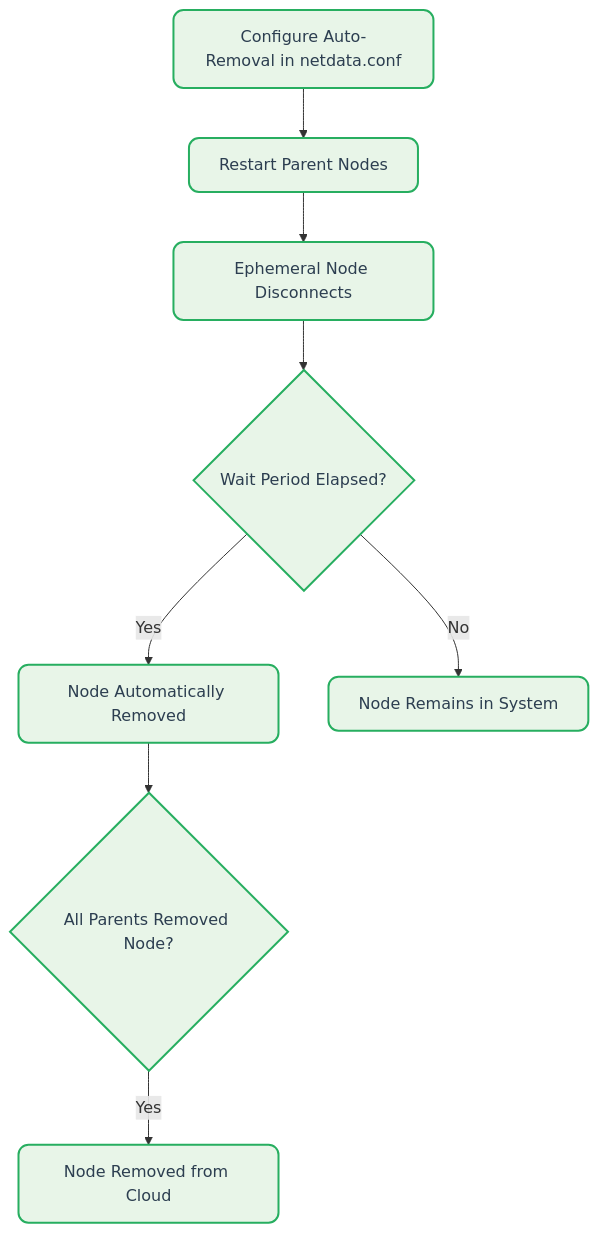
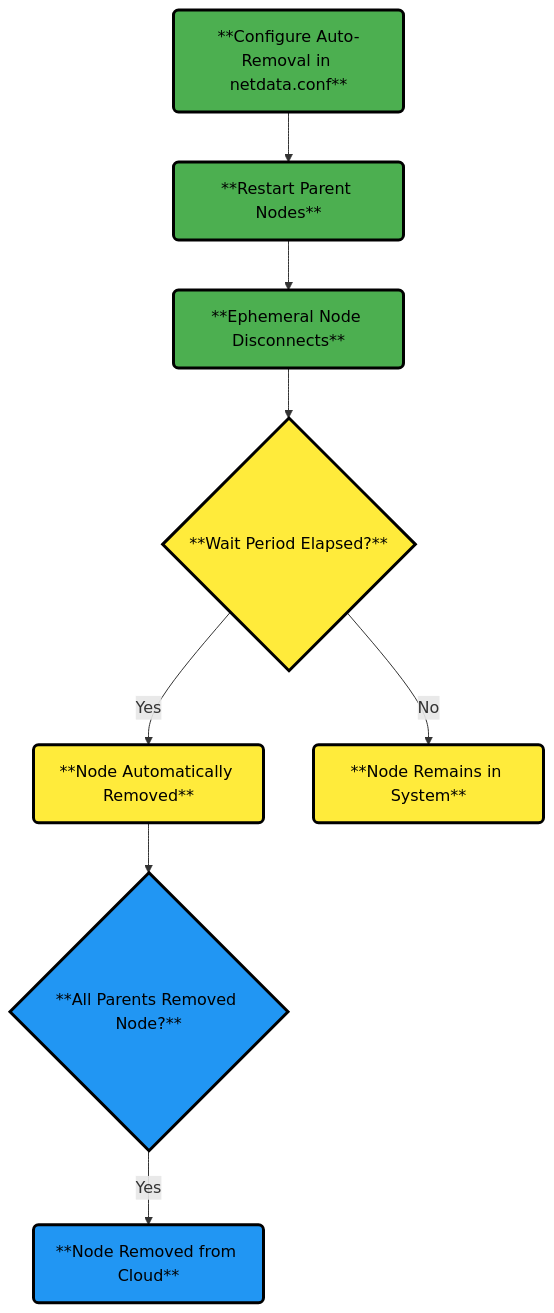
One commit to netdata/netdata changed the third of 3 diagrams in docs/nodes-ephemerality.md. Above: the diagram before and after it, drawn with Mermaid. The commit also changed other lines of this file, not shown here.

Commit message:
Update nodes-ephemerality.md (#21471)

````diff
--- a/docs/nodes-ephemerality.md
+++ b/docs/nodes-ephemerality.md
@@ -165,20 +142,21 @@
 ```mermaid
 flowchart TD
-    A[Configure Auto-Removal in netdata.conf] --> B[Restart Parent Nodes]
-    B --> C[Ephemeral Node Disconnects]
-    C --> D{Wait Period Elapsed?}
-    D -->|Yes| E[Node Automatically Removed]
-    D -->|No| F[Node Remains in System]
-    E --> G{All Parents Removed Node?}
-    G -->|Yes| H[Node Removed from Cloud]
-    classDef step fill: #e8f5e8, stroke: #27ae60, stroke-width: 2px, color: #2c3e50, rx: 10, ry: 10
-    classDef alert fill: #ffe8e8, stroke: #e74c3c, stroke-width: 2px, color: #2c3e50, rx: 10, ry: 10
+    A("**Configure Auto-Removal in netdata.conf**") --> B("**Restart Parent Nodes**")
+    B --> C("**Ephemeral Node Disconnects**")
+    C --> D{"**Wait Period Elapsed?**"}
+    D -->|Yes| E("**Node Automatically Removed**")
+    D -->|No| F("**Node Remains in System**")
+    E --> G{"**All Parents Removed Node?**"}
+    G -->|Yes| H("**Node Removed from Cloud**")
+    classDef step fill: #4caf50, stroke: #000000, stroke-width: 3px, color: #000000, font-size: 16px
+    classDef alert fill: #ffeb3b, stroke: #000000, stroke-width: 3px, color: #000000, font-size: 16px
+    classDef database fill: #2196F3, stroke: #000000, stroke-width: 3px, color: #000000, font-size: 16px
     class A step
     class B step
     class C step
-    class D step
-    class E step
-    class F step
-    class G step
-    class H step
+    class D alert
+    class E alert
+    class F alert
+    class G database
+    class H database
 ```
````
